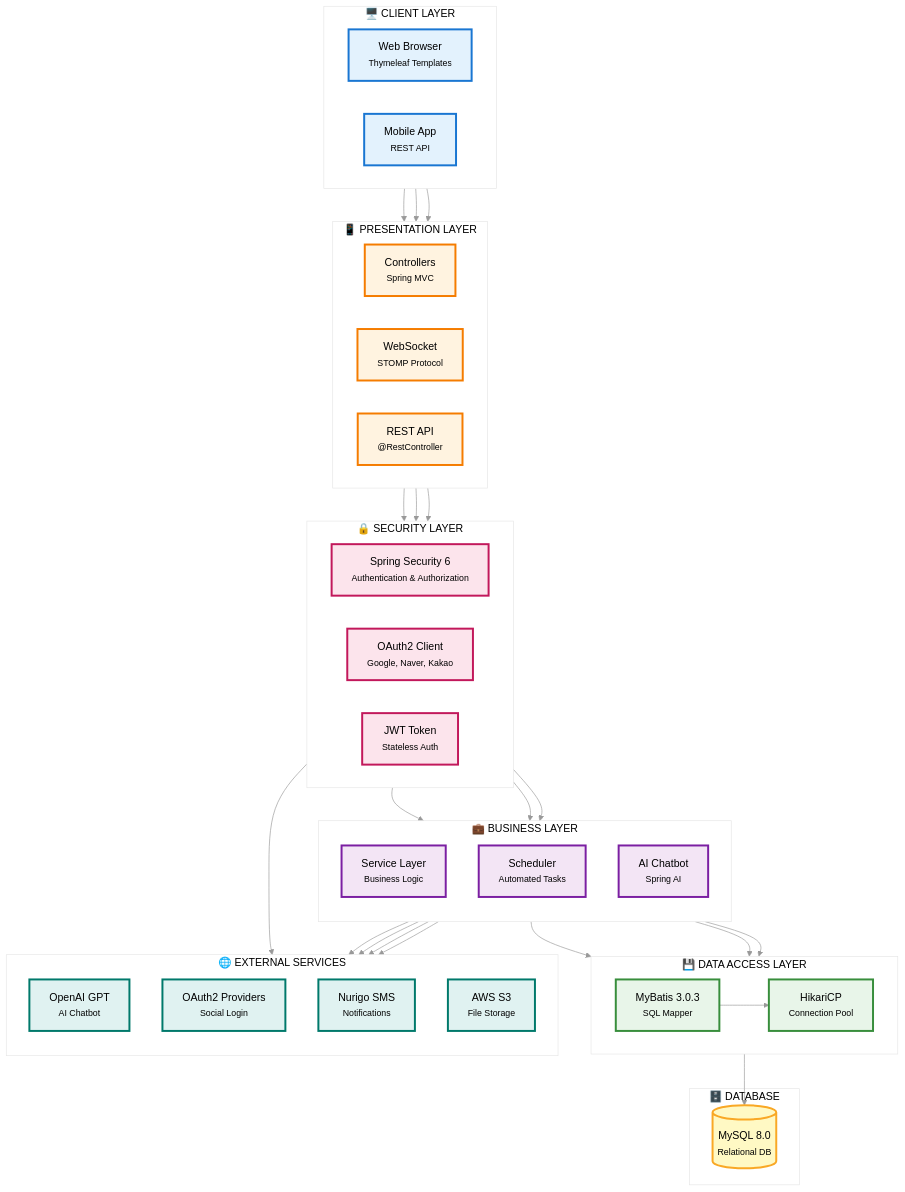
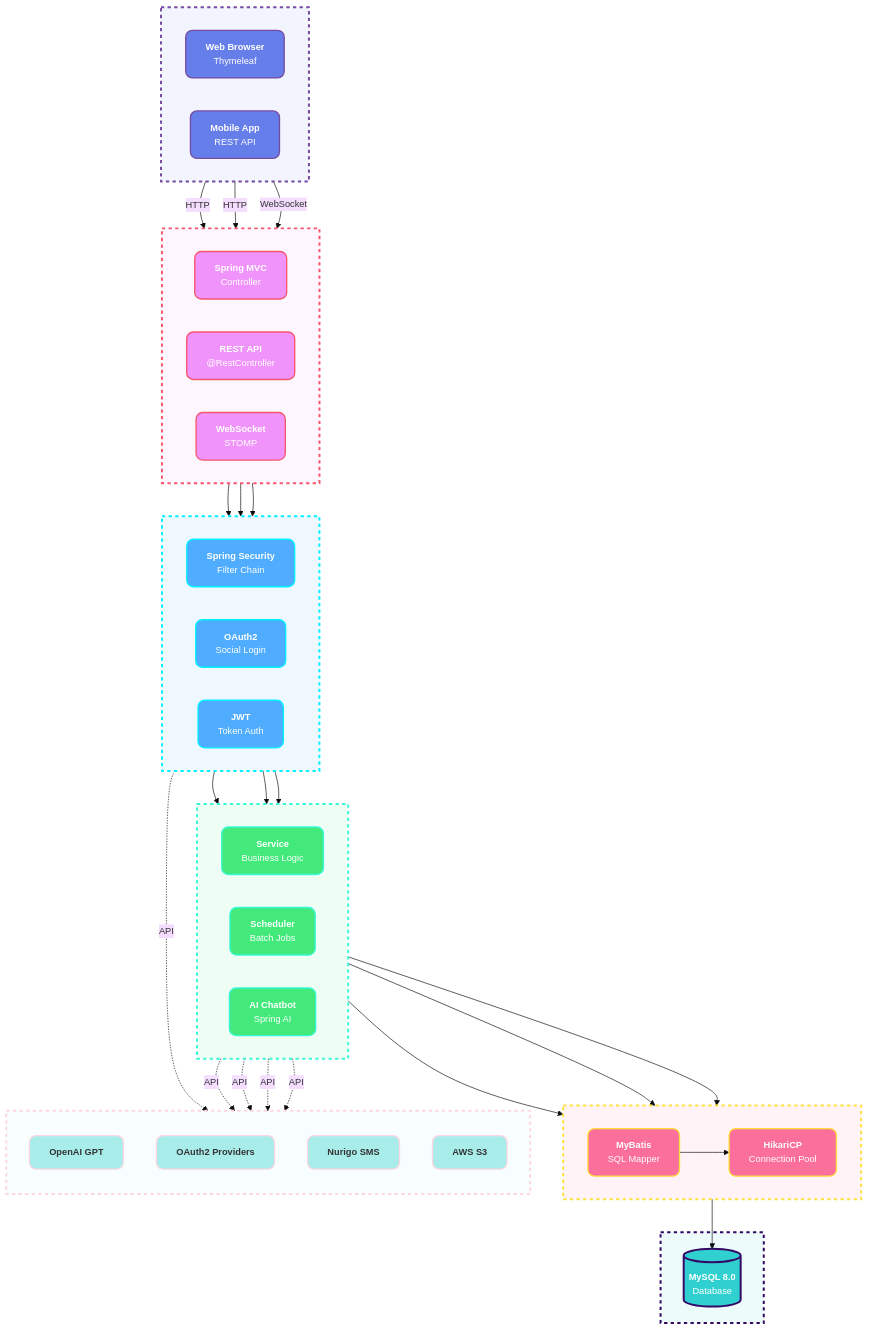
The diagram in README.md (wjdgkr3386/Neighbus), drawn with Mermaid before and after one commit. The commit also changed other lines of this file, not shown here.

````diff
--- a/README.md
+++ b/README.md
@@ -228,89 +269,97 @@
 ```mermaid
-%%{init: {'theme':'base', 'themeVariables': { 'primaryColor':'#f5f5f5','primaryTextColor':'#333','primaryBorderColor':'#666','lineColor':'#999','secondaryColor':'#e8e8e8','tertiaryColor':'#fff'}}}%%
-flowchart TB
-    subgraph Client["🖥️ CLIENT LAYER"]
+%%{init: {'theme':'base', 'themeVariables': {'fontSize':'14px'}}}%%
+graph TB
+    subgraph Client[" "]
         direction LR
-        Browser["Web Browser<br/><small>Thymeleaf Templates</small>"]
-        Mobile["Mobile App<br/><small>REST API</small>"]
+        Web["<b>Web Browser</b><br/>Thymeleaf"]
+        App["<b>Mobile App</b><br/>REST API"]
     end
 
-    subgraph Presentation["📱 PRESENTATION LAYER"]
+    subgraph Presentation[" "]
         direction LR
-        Controller["Controllers<br/><small>Spring MVC</small>"]
-        WebSocket["WebSocket<br/><small>STOMP Protocol</small>"]
-        RestAPI["REST API<br/><small>@RestController</small>"]
+        MVC["<b>Spring MVC</b><br/>Controller"]
+        REST["<b>REST API</b><br/>@RestController"]
+        WS["<b>WebSocket</b><br/>STOMP"]
     end
 
-    subgraph Security["🔒 SECURITY LAYER"]
+    subgraph Security[" "]
         direction LR
-        SpringSec["Spring Security 6<br/><small>Authentication & Authorization</small>"]
-        OAuth2["OAuth2 Client<br/><small>Google, Naver, Kakao</small>"]
-        JWT["JWT Token<br/><small>Stateless Auth</small>"]
+        SS["<b>Spring Security</b><br/>Filter Chain"]
+        OAuth["<b>OAuth2</b><br/>Social Login"]
+        Token["<b>JWT</b><br/>Token Auth"]
     end
 
-    subgraph Business["💼 BUSINESS LAYER"]
-        direction TB
-        Service["Service Layer<br/><small>Business Logic</small>"]
-        Scheduler["Scheduler<br/><small>Automated Tasks</small>"]
-        Chatbot["AI Chatbot<br/><small>Spring AI</small>"]
+    subgraph Business[" "]
+        direction LR
+        SVC["<b>Service</b><br/>Business Logic"]
+        SCH["<b>Scheduler</b><br/>Batch Jobs"]
+        AI["<b>AI Chatbot</b><br/>Spring AI"]
     end
 
-    subgraph Data["💾 DATA ACCESS LAYER"]
+    subgraph Persistence[" "]
         direction LR
-        MyBatis["MyBatis 3.0.3<br/><small>SQL Mapper</small>"]
-        HikariCP["HikariCP<br/><small>Connection Pool</small>"]
+        MB["<b>MyBatis</b><br/>SQL Mapper"]
+        CP["<b>HikariCP</b><br/>Connection Pool"]
     end
 
-    subgraph Database["🗄️ DATABASE"]
-        MySQL[("MySQL 8.0<br/><small>Relational DB</small>")]
+    subgraph Database[" "]
+        DB[("<b>MySQL 8.0</b><br/>Database")]
     end
 
-    subgraph External["🌐 EXTERNAL SERVICES"]
+    subgraph External[" "]
         direction TB
-        OpenAI["OpenAI GPT<br/><small>AI Chatbot</small>"]
-        OAuth2Providers["OAuth2 Providers<br/><small>Social Login</small>"]
-        Nurigo["Nurigo SMS<br/><small>Notifications</small>"]
-        S3["AWS S3<br/><small>File Storage</small>"]
+        GPT["<b>OpenAI GPT</b>"]
+        Social["<b>OAuth2 Providers</b>"]
+        SMS["<b>Nurigo SMS</b>"]
+        S3["<b>AWS S3</b>"]
     end
 
-    Browser --> Controller
-    Mobile --> RestAPI
-    Browser --> WebSocket
+    Web -->|HTTP| MVC
+    App -->|HTTP| REST
+    Web -->|WebSocket| WS
 
-    Controller --> SpringSec
-    RestAPI --> SpringSec
-    WebSocket --> SpringSec
+    MVC --> SS
+    REST --> SS
+    WS --> SS
 
-    SpringSec --> Service
-    OAuth2 --> Service
-    JWT --> Service
+    SS --> SVC
+    OAuth --> SVC
+    Token --> SVC
 
-    Service --> MyBatis
-    Scheduler --> MyBatis
-    Chatbot --> MyBatis
+    SVC --> MB
+    SCH --> MB
+    AI --> MB
 
-    MyBatis --> HikariCP
-    HikariCP --> MySQL
+    MB --> CP
+    CP --> DB
 
-    Service --> OpenAI
-    Chatbot --> OpenAI
-    OAuth2 --> OAuth2Providers
-    Service --> Nurigo
-    Service --> S3
+    AI -.->|API| GPT
+    SVC -.->|API| GPT
+    OAuth -.->|API| Social
+    SVC -.->|API| SMS
+    SVC -.->|API| S3
 
-    classDef clientStyle fill:#E3F2FD,stroke:#1976D2,stroke-width:3px,color:#000
-    classDef presentationStyle fill:#FFF3E0,stroke:#F57C00,stroke-width:3px,color:#000
-    classDef securityStyle fill:#FCE4EC,stroke:#C2185B,stroke-width:3px,color:#000
-    classDef businessStyle fill:#F3E5F5,stroke:#7B1FA2,stroke-width:3px,color:#000
-    classDef dataStyle fill:#E8F5E9,stroke:#388E3C,stroke-width:3px,color:#000
-    classDef dbStyle fill:#FFF9C4,stroke:#F9A825,stroke-width:3px,color:#000
-    classDef externalStyle fill:#E0F2F1,stroke:#00796B,stroke-width:3px,color:#000
+    classDef clientClass fill:#667eea,stroke:#764ba2,stroke-width:2px,color:#fff,rx:10,ry:10
+    classDef presentClass fill:#f093fb,stroke:#f5576c,stroke-width:2px,color:#fff,rx:10,ry:10
+    classDef securityClass fill:#4facfe,stroke:#00f2fe,stroke-width:2px,color:#fff,rx:10,ry:10
+    classDef businessClass fill:#43e97b,stroke:#38f9d7,stroke-width:2px,color:#fff,rx:10,ry:10
+    classDef persistClass fill:#fa709a,stroke:#fee140,stroke-width:2px,color:#fff,rx:10,ry:10
+    classDef dbClass fill:#30cfd0,stroke:#330867,stroke-width:3px,color:#fff,rx:10,ry:10
+    classDef externalClass fill:#a8edea,stroke:#fed6e3,stroke-width:2px,color:#333,rx:10,ry:10
 
-    class Browser,Mobile clientStyle
-    class Controller,WebSocket,RestAPI presentationStyle
-    class SpringSec,OAuth2,JWT securityStyle
-    class Service,Scheduler,Chatbot businessStyle
-    class MyBatis,HikariCP dataStyle
-    class MySQL dbStyle
-    class OpenAI,OAuth2Providers,Nurigo,S3 externalStyle
+    class Web,App clientClass
+    class MVC,REST,WS presentClass
+    class SS,OAuth,Token securityClass
+    class SVC,SCH,AI businessClass
+    class MB,CP persistClass
+    class DB dbClass
+    class GPT,Social,SMS,S3 externalClass
+
+    style Client fill:#667eea15,stroke:#764ba2,stroke-width:3px,stroke-dasharray: 5 5
+    style Presentation fill:#f093fb15,stroke:#f5576c,stroke-width:3px,stroke-dasharray: 5 5
+    style Security fill:#4facfe15,stroke:#00f2fe,stroke-width:3px,stroke-dasharray: 5 5
+    style Business fill:#43e97b15,stroke:#38f9d7,stroke-width:3px,stroke-dasharray: 5 5
+    style Persistence fill:#fa709a15,stroke:#fee140,stroke-width:3px,stroke-dasharray: 5 5
+    style Database fill:#30cfd015,stroke:#330867,stroke-width:3px,stroke-dasharray: 5 5
+    style External fill:#a8edea15,stroke:#fed6e3,stroke-width:3px,stroke-dasharray: 5 5
 ```
````
